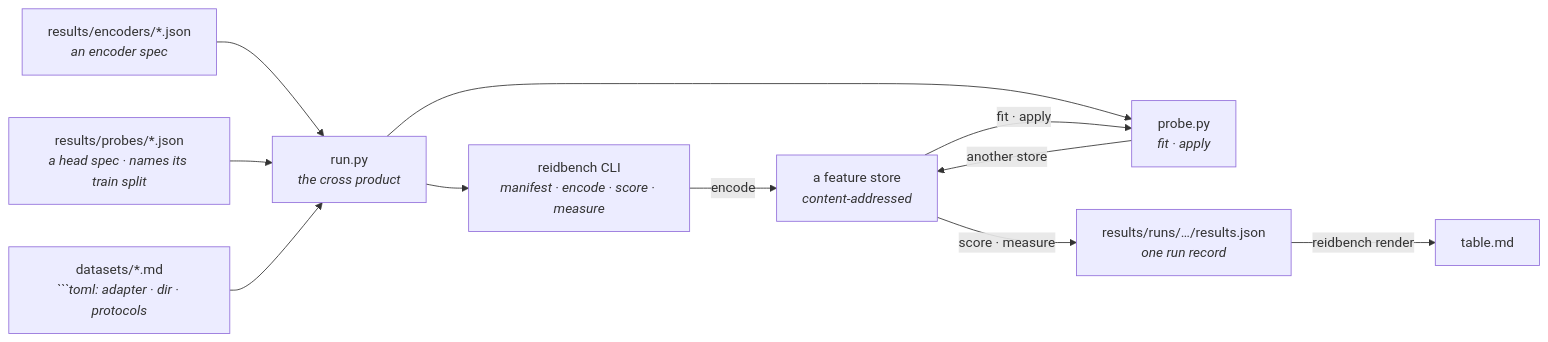
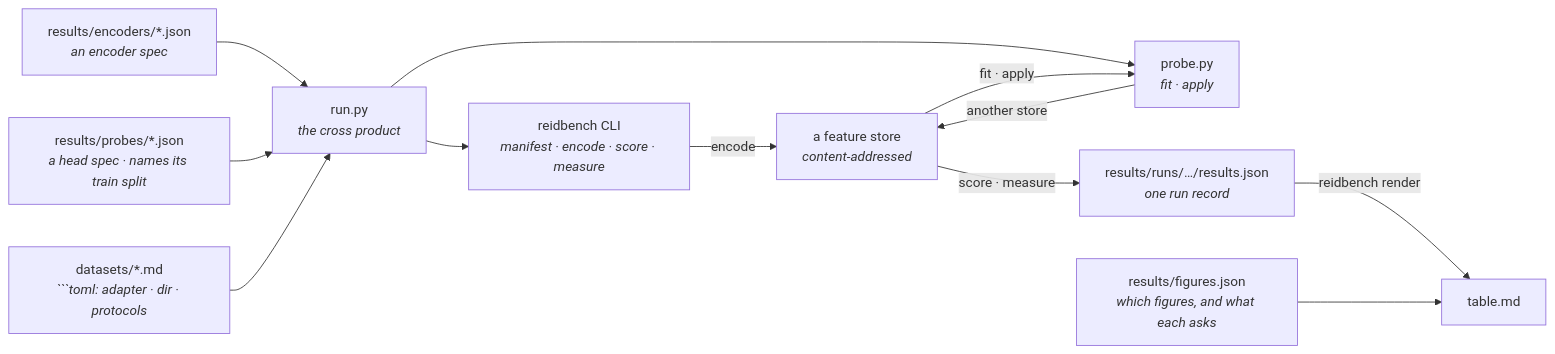
Before and after one commit to karolmajek/torment-nexus: the diagram in results/README.md, drawn with Mermaid. The commit also changed other lines of this file and 71 other files, not shown here.

````diff
--- a/results/README.md
+++ b/results/README.md
@@ -26,23 +26,25 @@
 ```mermaid
 flowchart LR
     E["results/encoders/*.json<br/><i>an encoder spec</i>"]
     P["results/probes/*.json<br/><i>a head spec · names its train split</i>"]
     D["datasets/*.md<br/><i>```toml: adapter · dir · protocols</i>"]
     R["run.py<br/><i>the cross product</i>"]
     V["reidbench CLI<br/><i>manifest · encode · score · measure</i>"]
     PR["probe.py<br/><i>fit · apply</i>"]
     F["a feature store<br/><i>content-addressed</i>"]
     RUN["results/runs/…/results.json<br/><i>one run record</i>"]
+    G["results/figures.json<br/><i>which figures, and what each asks</i>"]
     T["table.md"]
 
     E --> R
     P --> R
     D --> R
     R --> V
     R --> PR
     V -->|encode| F
     F -->|fit · apply| PR
     PR -->|another store| F
     F -->|score · measure| RUN
     RUN -->|reidbench render| T
+    G --> T
 ```
````
